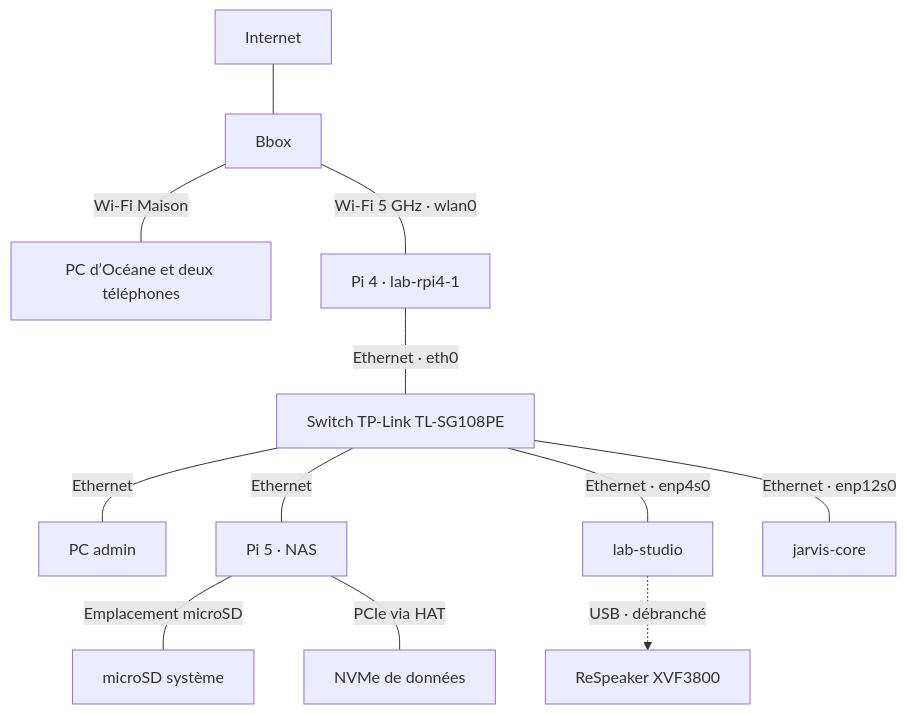
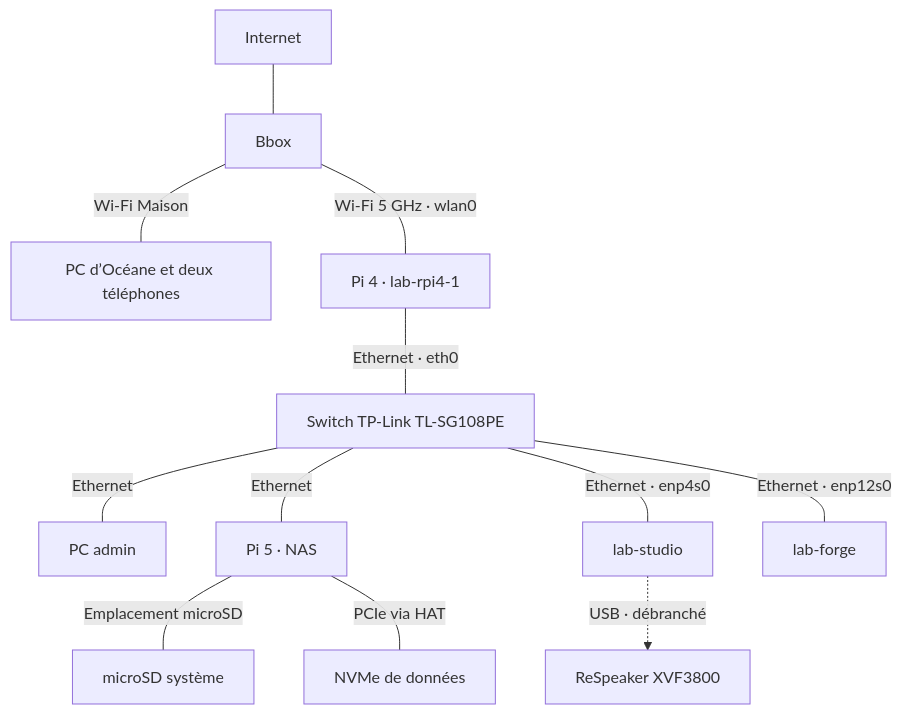
The diagram in doc/architecture/topologie-physique.md (LaoTseu0/homelab), drawn with Mermaid before and after one commit. The commit also changed other lines of this file and 6 other files, not shown here.

First line of the commit message:
Intégrer lab-forge à l'inventaire et à la documentation

````diff
--- a/doc/architecture/topologie-physique.md
+++ b/doc/architecture/topologie-physique.md
@@ -3,14 +3,14 @@
 ```mermaid
 flowchart TD
     internet["Internet"] --- bbox["Bbox"]
     bbox ---|"Wi-Fi Maison"| maison["PC d’Océane et deux téléphones"]
     bbox ---|"Wi-Fi 5 GHz · wlan0"| pi4["Pi 4 · lab-rpi4-1"]
     pi4 ---|"Ethernet · eth0"| switch["Switch TP-Link TL-SG108PE"]
     switch ---|"Ethernet"| admin["PC admin"]
     switch ---|"Ethernet"| nas["Pi 5 · NAS"]
     switch ---|"Ethernet · enp4s0"| studio["lab-studio"]
-    switch ---|"Ethernet · enp12s0"| jcore["jarvis-core"]
+    switch ---|"Ethernet · enp12s0"| forge["lab-forge"]
     nas ---|"Emplacement microSD"| boot["microSD système"]
     nas ---|"PCIe via HAT"| nvme["NVMe de données"]
     studio -.->|"USB · débranché"| audio["ReSpeaker XVF3800"]
 ```
````
